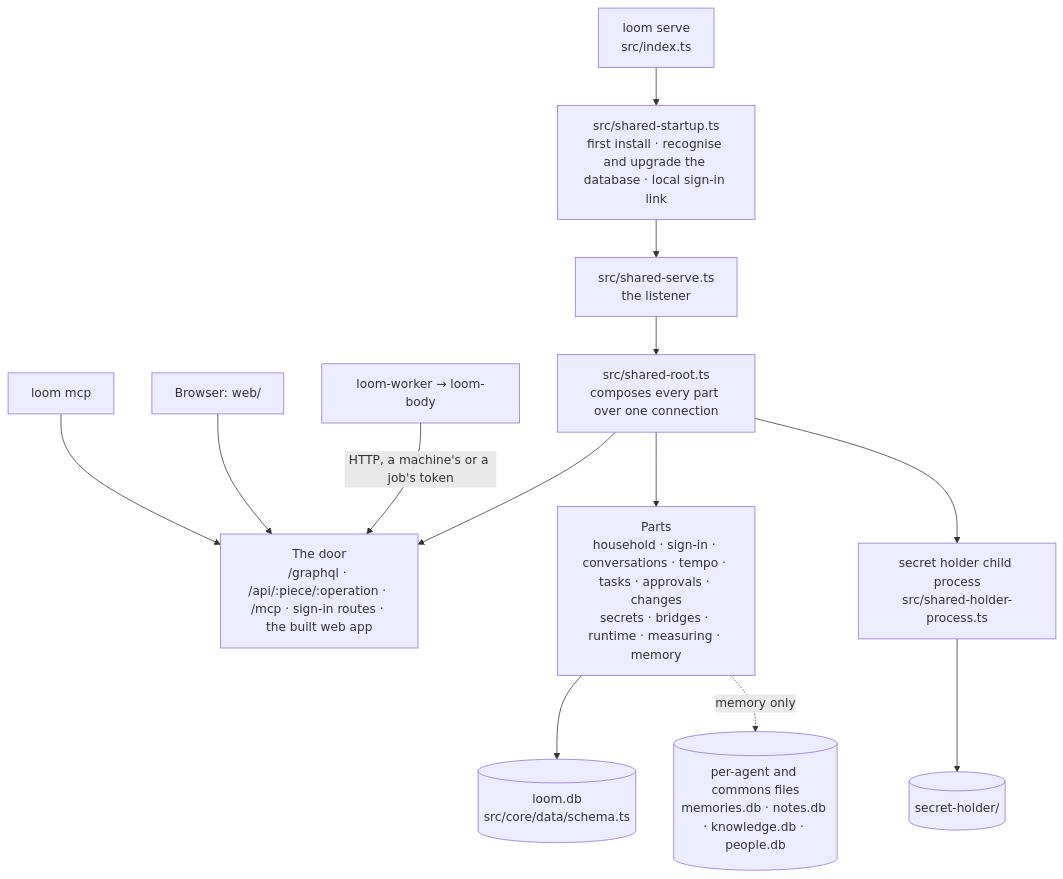
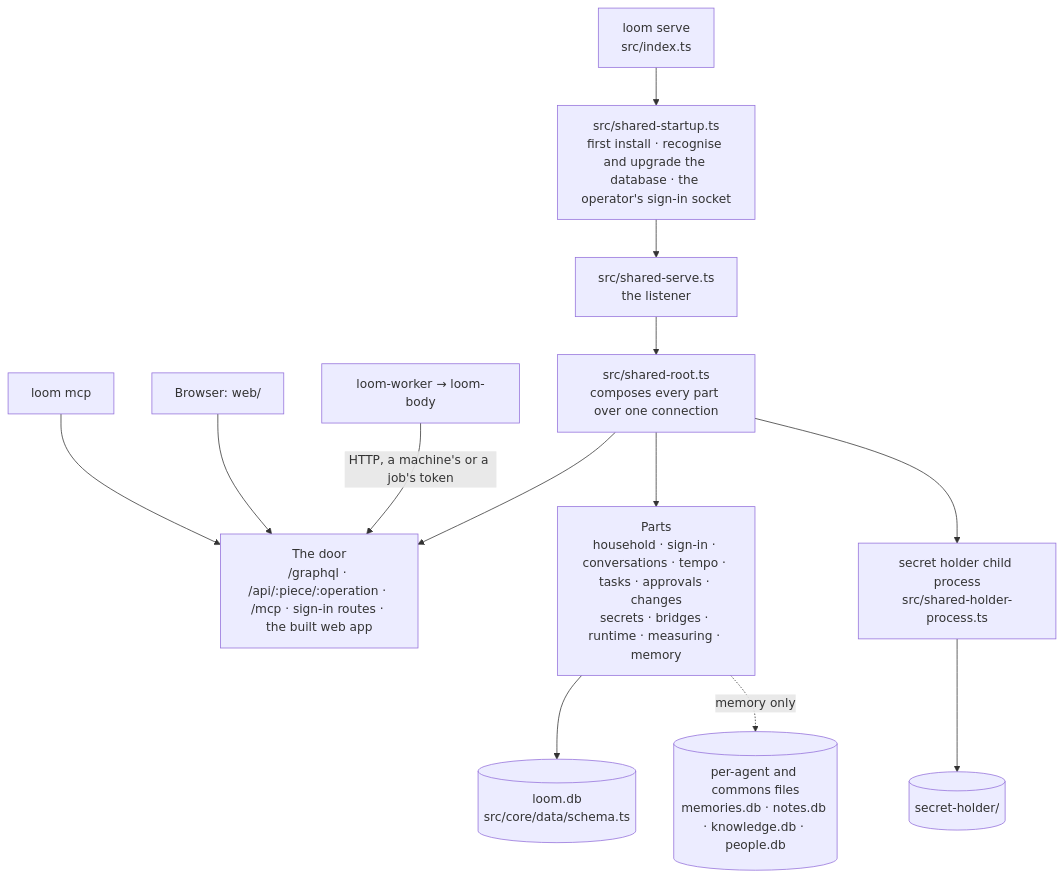
Before and after one commit to sleepunit-agents/loom: the diagram in docs/architecture.md, drawn with Mermaid. The commit also changed other lines of this file and 23 other files, not shown here.

First line of the commit message:
The household's agents and its sign-in owner have one home: the database

````diff
--- a/docs/architecture.md
+++ b/docs/architecture.md
@@ -35,15 +35,15 @@
 ```mermaid
 flowchart TB
-  CLI["loom serve<br/>src/index.ts"] --> START["src/shared-startup.ts<br/>first install · recognise and upgrade the database · local sign-in link"]
+  CLI["loom serve<br/>src/index.ts"] --> START["src/shared-startup.ts<br/>first install · recognise and upgrade the database · the operator's sign-in socket"]
   START --> SERVE["src/shared-serve.ts<br/>the listener"]
   SERVE --> ROOT["src/shared-root.ts<br/>composes every part over one connection"]
   ROOT --> DOOR["The door<br/>/graphql · /api/:piece/:operation · /mcp · sign-in routes · the built web app"]
   ROOT --> PARTS["Parts<br/>household · sign-in · conversations · tempo · tasks · approvals · changes<br/>secrets · bridges · runtime · measuring · memory"]
   PARTS --> DB[("loom.db<br/>src/core/data/schema.ts")]
   PARTS -. memory only .-> FILES[("per-agent and commons files<br/>memories.db · notes.db · knowledge.db · people.db")]
   ROOT --> HOLDER["secret holder child process<br/>src/shared-holder-process.ts"]
   HOLDER --> HDB[("secret-holder/")]
   WORKER["loom-worker → loom-body"] -- "HTTP, a machine's or a job's token" --> DOOR
   BROWSER["Browser: web/"] --> DOOR
   MCP["loom mcp"] --> DOOR
 ```
````
